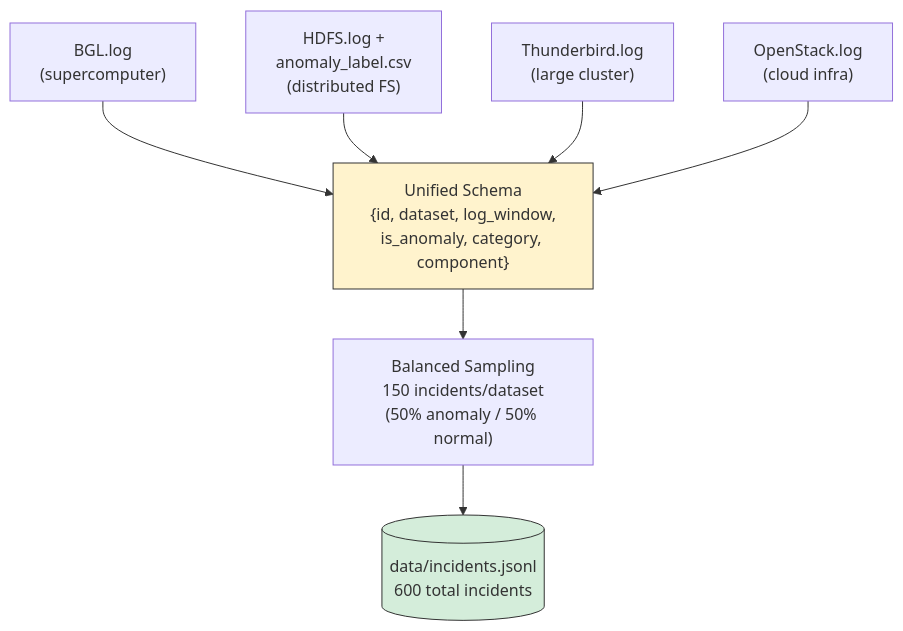
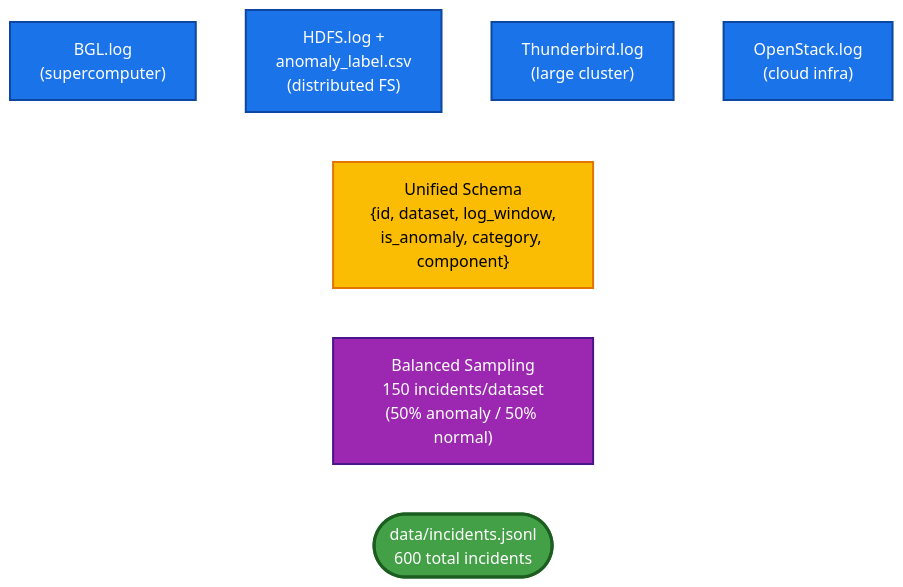
The third of 6 diagrams in README.md (rpaut03l/tricalrag-llm-gpu-aiops), drawn with Mermaid before and after one commit. The commit also changed other lines of this file, not shown here.

````diff
--- a/README.md
+++ b/README.md
@@ -96,12 +104,16 @@
 ```mermaid
+%%{init: {'theme': 'base', 'themeVariables': { 'lineColor': '#ffffff', 'edgeLabelBackground': '#2d2d2d', 'textColor': '#ffffff' }}}%%
 flowchart TD
-    A1["BGL.log<br/>(supercomputer)"] --> N["Unified Schema<br/>{id, dataset, log_window,<br/>is_anomaly, category, component}"]
-    A2["HDFS.log +<br/>anomaly_label.csv<br/>(distributed FS)"] --> N
-    A3["Thunderbird.log<br/>(large cluster)"] --> N
-    A4["OpenStack.log<br/>(cloud infra)"] --> N
-    N --> B["Balanced Sampling<br/>150 incidents/dataset<br/>(50% anomaly / 50% normal)"]
-    B --> C[("data/incidents.jsonl<br/>600 total incidents")]
+    A1["BGL.log<br/>(supercomputer)"]:::source --> N["Unified Schema<br/>{id, dataset, log_window,<br/>is_anomaly, category, component}"]:::schema
+    A2["HDFS.log +<br/>anomaly_label.csv<br/>(distributed FS)"]:::source --> N
+    A3["Thunderbird.log<br/>(large cluster)"]:::source --> N
+    A4["OpenStack.log<br/>(cloud infra)"]:::source --> N
+    N --> B["Balanced Sampling<br/>150 incidents/dataset<br/>(50% anomaly / 50% normal)"]:::process
+    B --> C(["data/incidents.jsonl<br/>600 total incidents"]):::result
 
-    style N fill:#fff3cd,stroke:#333
-    style C fill:#d4edda,stroke:#333
+    classDef source fill:#1a73e8,stroke:#0d47a1,stroke-width:2px,color:#ffffff
+    classDef schema fill:#fbbc04,stroke:#e37400,stroke-width:2px,color:#000000
+    classDef process fill:#9c27b0,stroke:#4a148c,stroke-width:2px,color:#ffffff
+    classDef result fill:#43a047,stroke:#1b5e20,stroke-width:3px,color:#ffffff
+    linkStyle default stroke:#ffffff,stroke-width:2px,color:#ffffff
 ```
````
